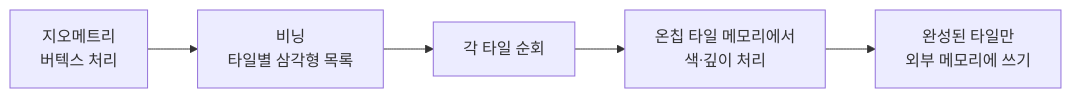
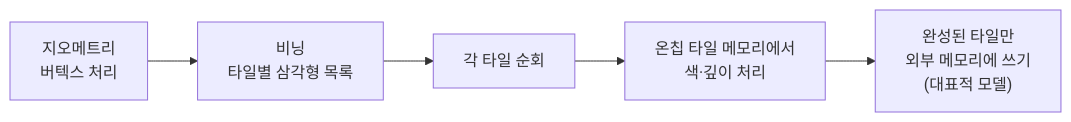
One commit to Rein-ArXiv/game-dev-curriculum changed the third of 8 diagrams in platform/part01_mobile.md. Above: the diagram before and after it, drawn with Mermaid. The commit also changed other lines of this file and 279 other files, not shown here.

````diff
--- a/platform/part01_mobile.md
+++ b/platform/part01_mobile.md
@@ -65,7 +65,7 @@
 ```mermaid
 flowchart LR
     Geo[지오메트리<br/>버텍스 처리] --> Bin[비닝<br/>타일별 삼각형 목록]
     Bin --> TileLoop[각 타일 순회]
     TileLoop --> OnChip[온칩 타일 메모리에서<br/>색·깊이 처리]
-    OnChip --> Resolve[완성된 타일만<br/>외부 메모리에 쓰기]
+    OnChip --> Resolve["완성된 타일만<br/>외부 메모리에 쓰기<br/>(대표적 모델)"]
 ```
````
